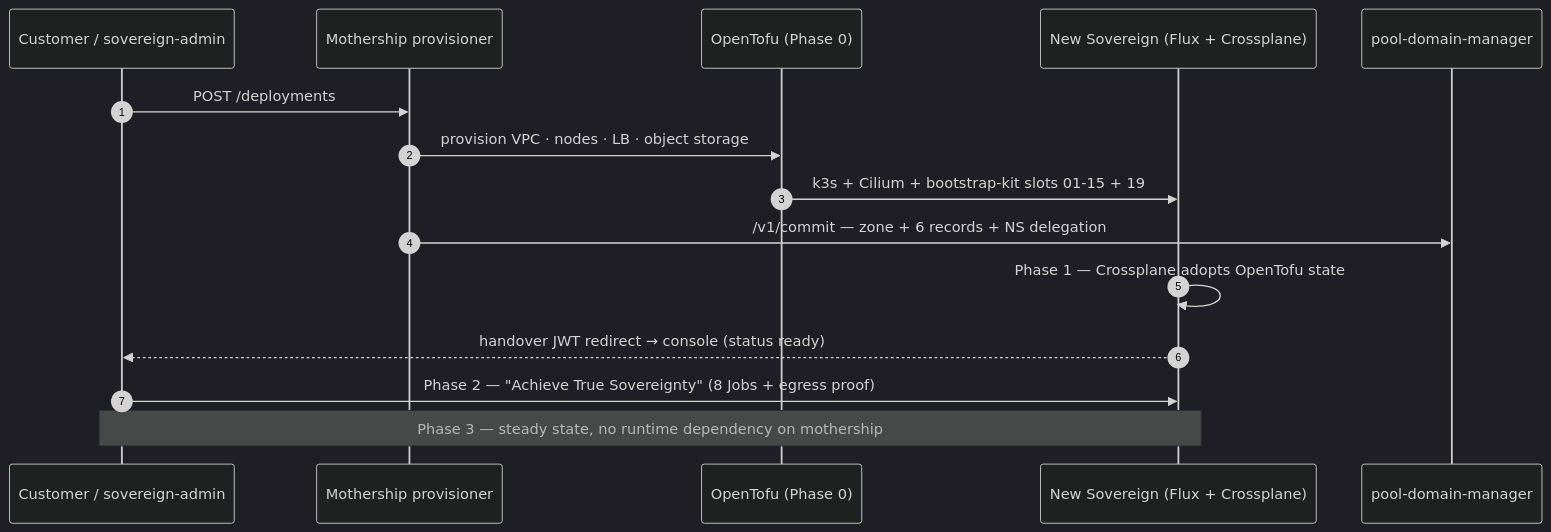
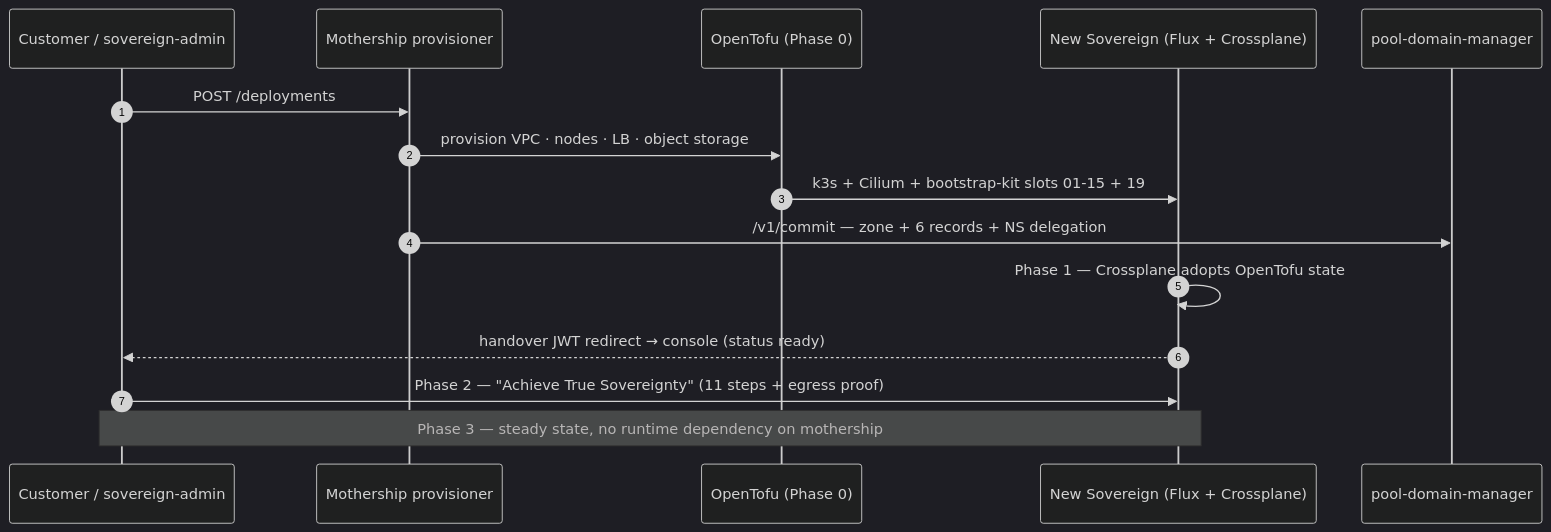
Before and after one commit to openova-io/openova: diagram 12 of 14 in docs/ARCHITECTURE.md, drawn with Mermaid (dark theme). The commit also changed other lines of this file and 101 other files, not shown here.

````diff
--- a/docs/ARCHITECTURE.md
+++ b/docs/ARCHITECTURE.md
@@ -1092,17 +1108,17 @@
 ```mermaid
 sequenceDiagram
   autonumber
   participant Op as Customer / sovereign-admin
   participant MS as Mothership provisioner
   participant TF as OpenTofu (Phase 0)
   participant Sov as New Sovereign (Flux + Crossplane)
   participant PDM as pool-domain-manager
   Op->>MS: POST /deployments
   MS->>TF: provision VPC · nodes · LB · object storage
   TF->>Sov: k3s + Cilium + bootstrap-kit slots 01-15 + 19
   MS->>PDM: /v1/commit — zone + 6 records + NS delegation
   Sov->>Sov: Phase 1 — Crossplane adopts OpenTofu state
   Sov-->>Op: handover JWT redirect → console (status ready)
-  Op->>Sov: Phase 2 — "Achieve True Sovereignty" (8 Jobs + egress proof)
+  Op->>Sov: Phase 2 — "Achieve True Sovereignty" (11 steps + egress proof)
   Note over Op,Sov: Phase 3 — steady state, no runtime dependency on mothership
 ```
````
